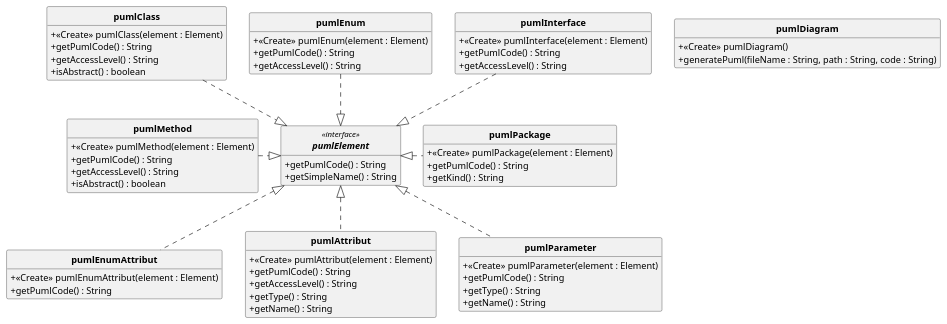
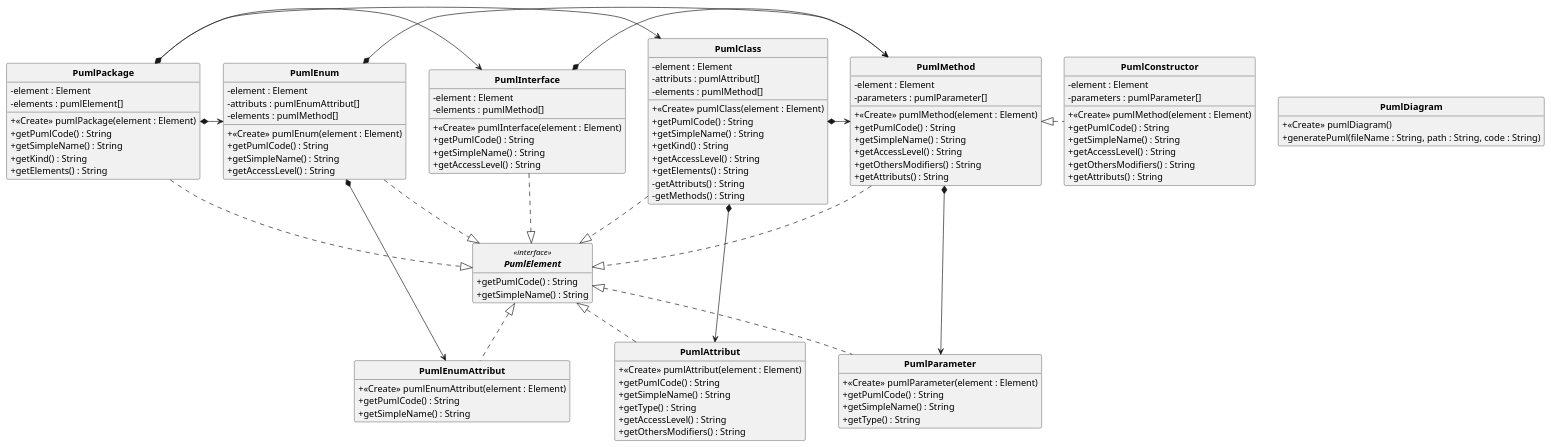
One commit to DamienJUNG/GenerateurPuml changed the diagram in uml/DCc_API_pumlElement.puml. Above: the diagram before and after it, drawn with PlantUML. The commit also changed 173 other files, not shown here.

```diff
--- a/uml/DCc_API_pumlElement.puml
+++ b/uml/DCc_API_pumlElement.puml
@@ -1,82 +1,127 @@
 @startuml
 'https://plantuml.com/class-diagram
 
 skinparam style strictuml
 hide empty members
 skinparam classAttributeIconSize 0
 skinparam classFontStyle Bold
 
-interface pumlElement <<interface>>{
+interface PumlElement <<interface>>{
     + getPumlCode() : String
     + getSimpleName() : String
 }
 
-class pumlPackage {
+class PumlPackage {
+    - element : Element
+    - elements : pumlElement[]
     + <<Create>> pumlPackage(element : Element)
     + getPumlCode() : String
+    + getSimpleName() : String
     + getKind() : String
+    + getElements() : String
 }
 
-class pumlClass {
+class PumlClass {
+    - element : Element
+    - attributs : pumlAttribut[]
+    - elements : pumlMethod[]
     + <<Create>> pumlClass(element : Element)
     + getPumlCode() : String
+    + getSimpleName() : String
+    + getKind() : String
     + getAccessLevel() : String
-    + isAbstract() : boolean
-'System.out.println(element.getModifiers().contains(Modifier.ABSTRACT));
+    + getElements() : String
+    - getAttributs() : String
+    - getMethods() : String
 }
 
-class pumlEnum {
+class PumlEnum {
+    - element : Element
+    - attributs : pumlEnumAttribut[]
+    - elements : pumlMethod[]
     + <<Create>> pumlEnum(element : Element)
     + getPumlCode() : String
+    + getSimpleName() : String
     + getAccessLevel() : String
 }
 
-class pumlEnumAttribut {
+class PumlEnumAttribut {
     + <<Create>> pumlEnumAttribut(element : Element)
     + getPumlCode() : String
+    + getSimpleName() : String
 }
 
-class pumlInterface {
+class PumlInterface {
+    - element : Element
+    - elements : pumlMethod[]
     + <<Create>> pumlInterface(element : Element)
     + getPumlCode() : String
+    + getSimpleName() : String
     + getAccessLevel() : String
 }
 
-class pumlMethod {
+class PumlMethod {
+    - element : Element
+    - parameters : pumlParameter[]
     + <<Create>> pumlMethod(element : Element)
     + getPumlCode() : String
+    + getSimpleName() : String
     + getAccessLevel() : String
-    + isAbstract() : boolean
+    + getOthersModifiers() : String
+    + getAttributs() : String
+}
+
+class PumlConstructor {
+    - element : Element
+    - parameters : pumlParameter[]
+    + <<Create>> pumlMethod(element : Element)
+    + getPumlCode() : String
+    + getSimpleName() : String
+    + getAccessLevel() : String
+    + getOthersModifiers() : String
+    + getAttributs() : String
 }
 
 
-class pumlAttribut {
+class PumlAttribut {
     + <<Create>> pumlAttribut(element : Element)
     + getPumlCode() : String
+    + getSimpleName() : String
+    + getType() : String
     + getAccessLevel() : String
-    + getType() : String
-    + getName() : String
+    + getOthersModifiers() : String
 }
 
-class pumlParameter {
+class PumlParameter {
     + <<Create>> pumlParameter(element : Element)
     + getPumlCode() : String
+    + getSimpleName() : String
     + getType() : String
-    + getName() : String
 }
 
-class pumlDiagram {
+class PumlDiagram {
     + <<Create>> pumlDiagram()
     + generatePuml(fileName : String, path : String, code : String)
 }
 
-pumlPackage ..l|> pumlElement
-pumlClass ..d|> pumlElement
-pumlEnum ..d|> pumlElement
-pumlInterface ..d|> pumlElement
-pumlMethod ..r|> pumlElement
-pumlAttribut ..u|> pumlElement
-pumlEnumAttribut ..u|> pumlElement
-pumlParameter ..u|> pumlElement
+PumlPackage ..d|> PumlElement
+PumlClass ..d|> PumlElement
+PumlEnum ..d|> PumlElement
+PumlInterface ..d|> PumlElement
+PumlMethod ..|> PumlElement
+PumlConstructor ..l|> PumlMethod
+PumlAttribut ..u|> PumlElement
+PumlEnumAttribut ..u|> PumlElement
+PumlParameter ..u|> PumlElement
+
+PumlPackage *-> PumlClass
+PumlPackage *-> PumlEnum
+PumlPackage *-> PumlInterface
+PumlClass *-> PumlMethod
+PumlEnum *-> PumlMethod
+PumlInterface *-> PumlMethod
+PumlClass *-> PumlAttribut
+PumlEnum *-> PumlEnumAttribut
+PumlMethod *-> PumlParameter
 
 @enduml
```
